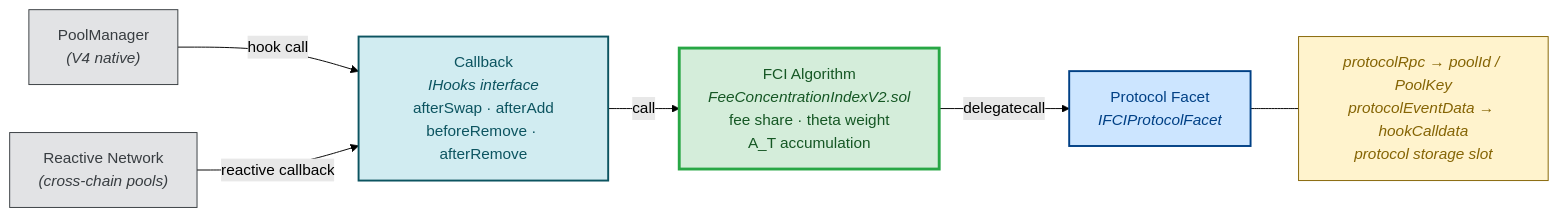
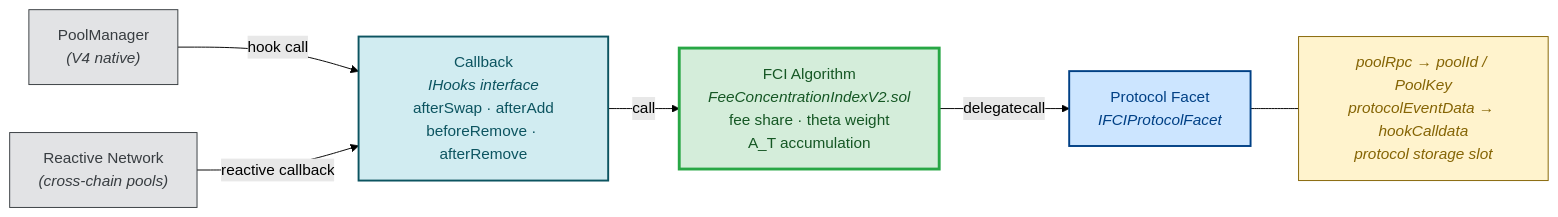
Before and after one commit to JMSBPP/thetaSwap-core-dev: the diagram in docs/diagrams/context-diagram.md, drawn with Mermaid (forest theme). The commit also changed 2 other files, not shown here.

Commit message:
fix: protocolRpc → poolRpc in diagram and slides

````diff
--- a/docs/diagrams/context-diagram.md
+++ b/docs/diagrams/context-diagram.md
@@ -5,38 +5,38 @@
 ```mermaid
 flowchart LR
     %% ── External sources ──
     PM["PoolManager<br/><i>(V4 native)</i>"]
     RN["Reactive Network<br/><i>(cross-chain pools)</i>"]
 
     %% ── Callback layer ──
     CB["Callback<br/><i>IHooks interface</i><br/>afterSwap · afterAdd<br/>beforeRemove · afterRemove"]
 
     %% ── Core algorithm ──
     ALG["FCI Algorithm<br/><i>FeeConcentrationIndexV2.sol</i><br/>fee share · theta weight<br/>A_T accumulation"]
 
     %% ── Protocol facet ──
     FACET["Protocol Facet<br/><i>IFCIProtocolFacet</i>"]
 
     %% ── Facet responsibilities ──
-    ADAPT["protocolRpc → poolId / PoolKey<br/>protocolEventData → hookCalldata<br/>protocol storage slot"]
+    ADAPT["poolRpc → poolId / PoolKey<br/>protocolEventData → hookCalldata<br/>protocol storage slot"]
 
     %% ── Flow ──
     PM -- "hook call" --> CB
     RN -- "reactive callback" --> CB
     CB -- "call" --> ALG
     ALG -- "delegatecall" --> FACET
     FACET --- ADAPT
 
     %% ── Styling ──
     classDef source fill:#e2e3e5,stroke:#383d41,stroke-width:1px,color:#383d41
     classDef callback fill:#d1ecf1,stroke:#0c5460,stroke-width:2px,color:#0c5460
     classDef algo fill:#d4edda,stroke:#28a745,stroke-width:3px,color:#155724
     classDef facet fill:#cce5ff,stroke:#004085,stroke-width:2px,color:#004085
     classDef adapt fill:#fff3cd,stroke:#856404,stroke-width:1px,color:#856404,font-style:italic
 
     class PM,RN source
     class CB callback
     class ALG algo
     class FACET facet
     class ADAPT adapt
 ```
````
